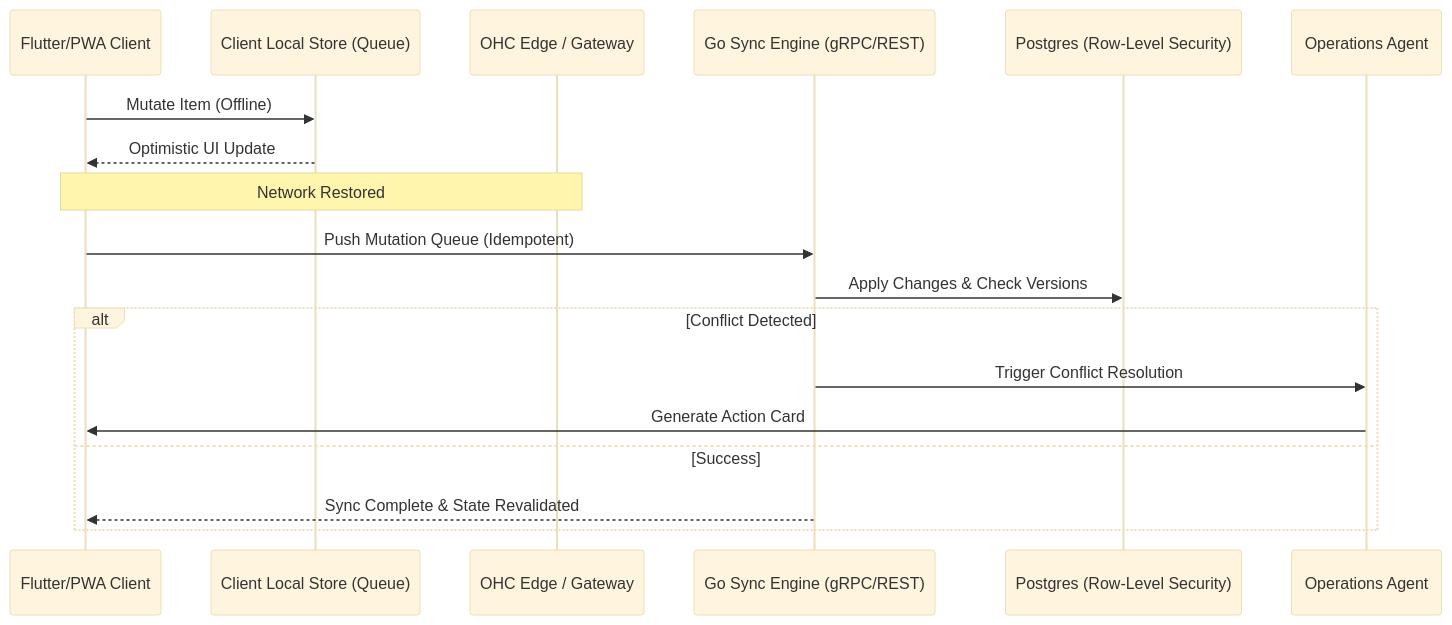
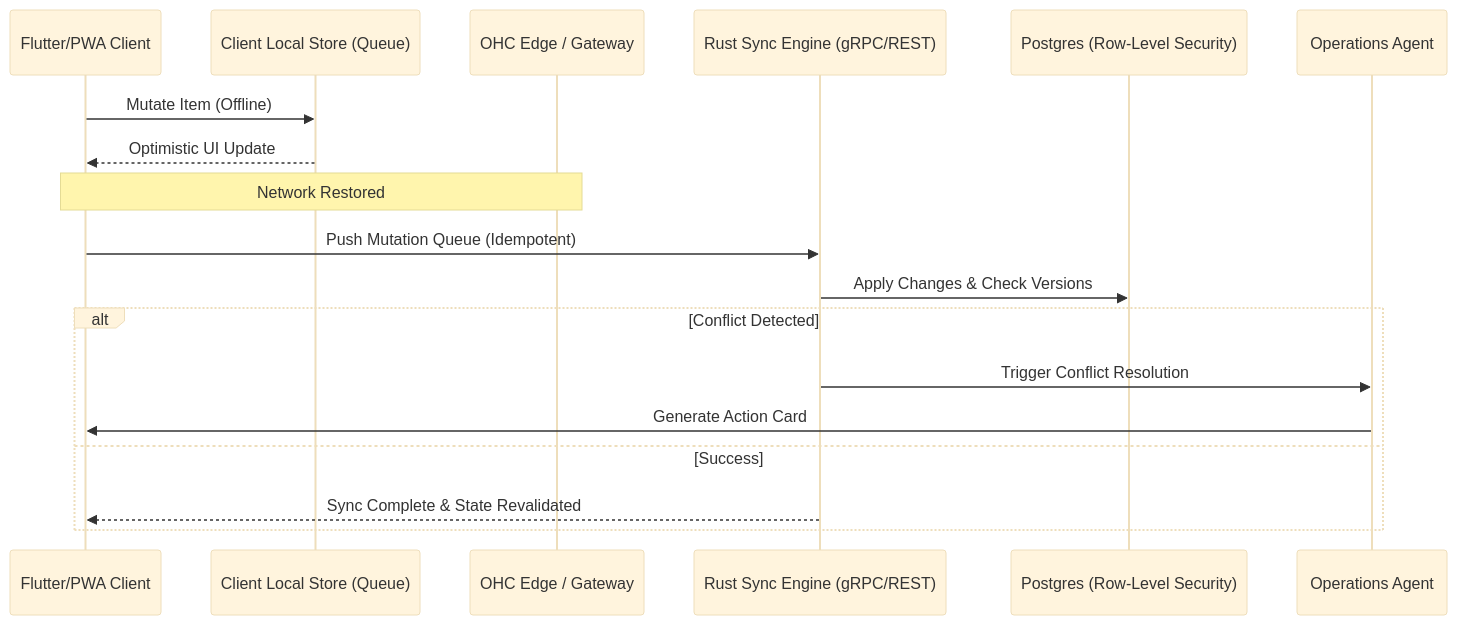
One commit to omnisolo-llc/onehumancorp changed the diagram in .agent-task/report/task_output.md. Above: the diagram before and after it, drawn with Mermaid (base theme). The commit also changed other lines of this file, not shown here.

First line of the commit message:
docs: add research report for offline-first mobile sync engine

````diff
--- a/.agent-task/report/task_output.md
+++ b/.agent-task/report/task_output.md
@@ -22,21 +22,21 @@
   ```mermaid
   sequenceDiagram
       participant Mobile as Flutter/PWA Client
       participant LocalStore as Client Local Store (Queue)
       participant Gateway as OHC Edge / Gateway
-      participant SyncAPI as Go Sync Engine (gRPC/REST)
+      participant SyncAPI as Rust Sync Engine (gRPC/REST)
       participant DB as Postgres (Row-Level Security)
       participant Agent as Operations Agent
 
       Mobile->>LocalStore: Mutate Item (Offline)
       LocalStore-->>Mobile: Optimistic UI Update
       Note over Mobile, Gateway: Network Restored
       Mobile->>SyncAPI: Push Mutation Queue (Idempotent)
       SyncAPI->>DB: Apply Changes & Check Versions
       alt Conflict Detected
           SyncAPI->>Agent: Trigger Conflict Resolution
           Agent->>Mobile: Generate Action Card
       else Success
           SyncAPI-->>Mobile: Sync Complete & State Revalidated
       end
   ```
````
